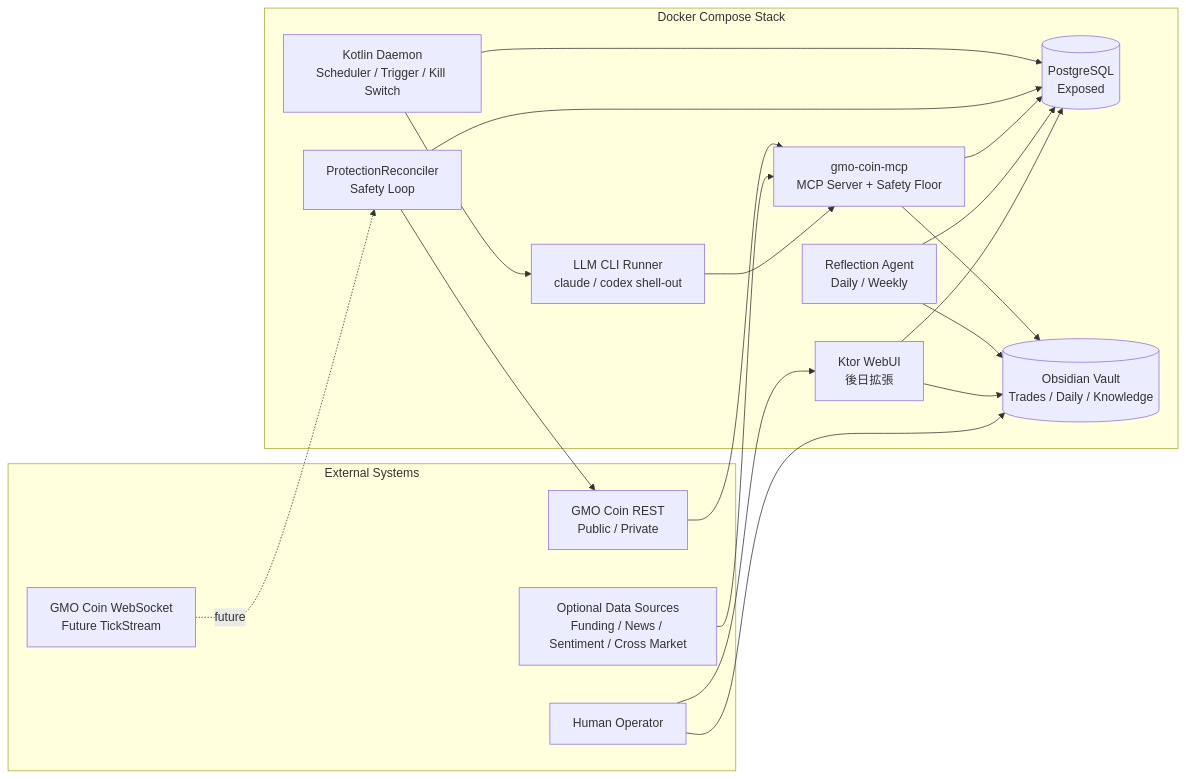
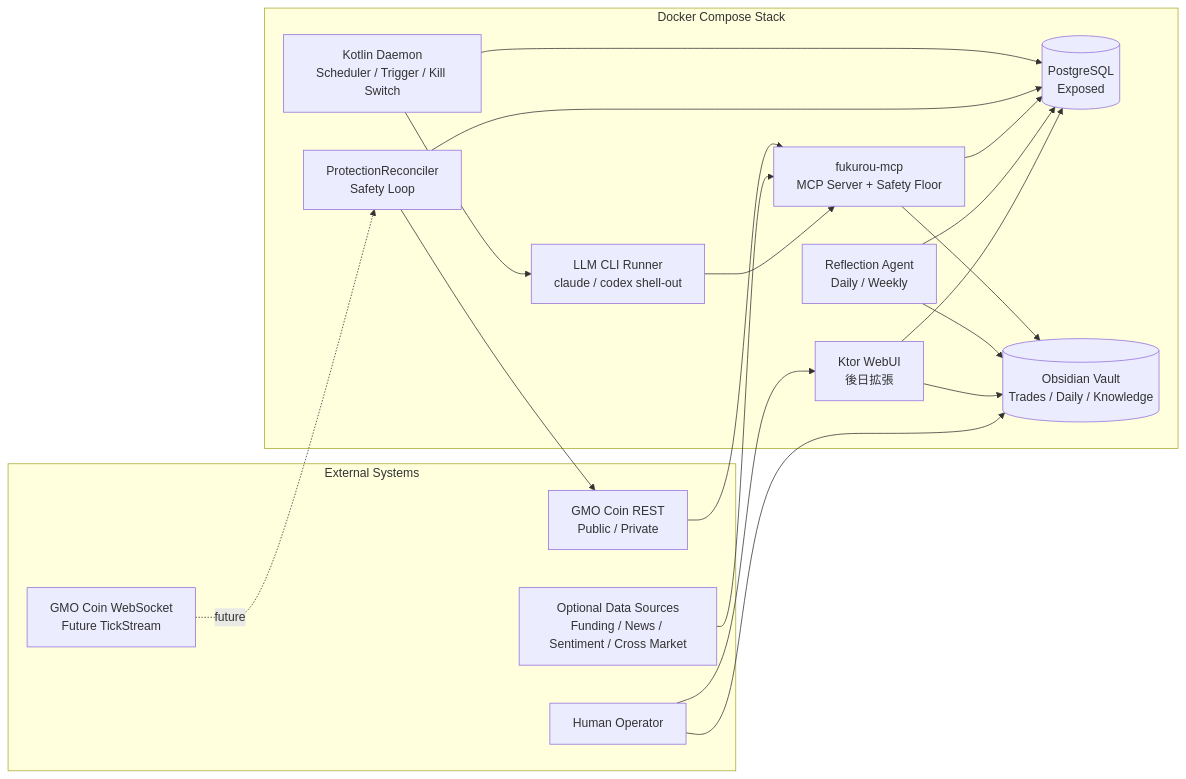
Before and after one commit to matsumo0922/fukurou: the first of 2 diagrams in docs/design.md, drawn with Mermaid. The commit also changed other lines of this file and 17 other files, not shown here.

Commit message:
feat: split GMO Coin MCP market tools

````diff
--- a/docs/design.md
+++ b/docs/design.md
@@ -81,37 +81,37 @@
 ```mermaid
 flowchart LR
     subgraph DockerCompose[Docker Compose Stack]
         Daemon[Kotlin Daemon\nScheduler / Trigger / Kill Switch]
         LlmCli[LLM CLI Runner\nclaude / codex shell-out]
-        Mcp[gmo-coin-mcp\nMCP Server + Safety Floor]
+        Mcp[fukurou-mcp\nMCP Server + Safety Floor]
         Db[(PostgreSQL\nExposed)]
         Vault[(Obsidian Vault\nTrades / Daily / Knowledge)]
         Web[Ktor WebUI\n後日拡張]
         Reconciler[ProtectionReconciler\nSafety Loop]
         Reflect[Reflection Agent\nDaily / Weekly]
     end
 
     subgraph External[External Systems]
         GmoRest[GMO Coin REST\nPublic / Private]
         GmoWs[GMO Coin WebSocket\nFuture TickStream]
         OptionalData[Optional Data Sources\nFunding / News / Sentiment / Cross Market]
         Human[Human Operator]
     end
 
     GmoRest --> Mcp
     OptionalData --> Mcp
     Daemon --> Db
     Daemon --> LlmCli
     Reconciler --> Db
     Reconciler --> GmoRest
     GmoWs -. future .-> Reconciler
     LlmCli --> Mcp
     Mcp --> Db
     Mcp --> Vault
     Reflect --> Db
     Reflect --> Vault
     Web --> Db
     Web --> Vault
     Human --> Vault
     Human --> Web
 ```
````
